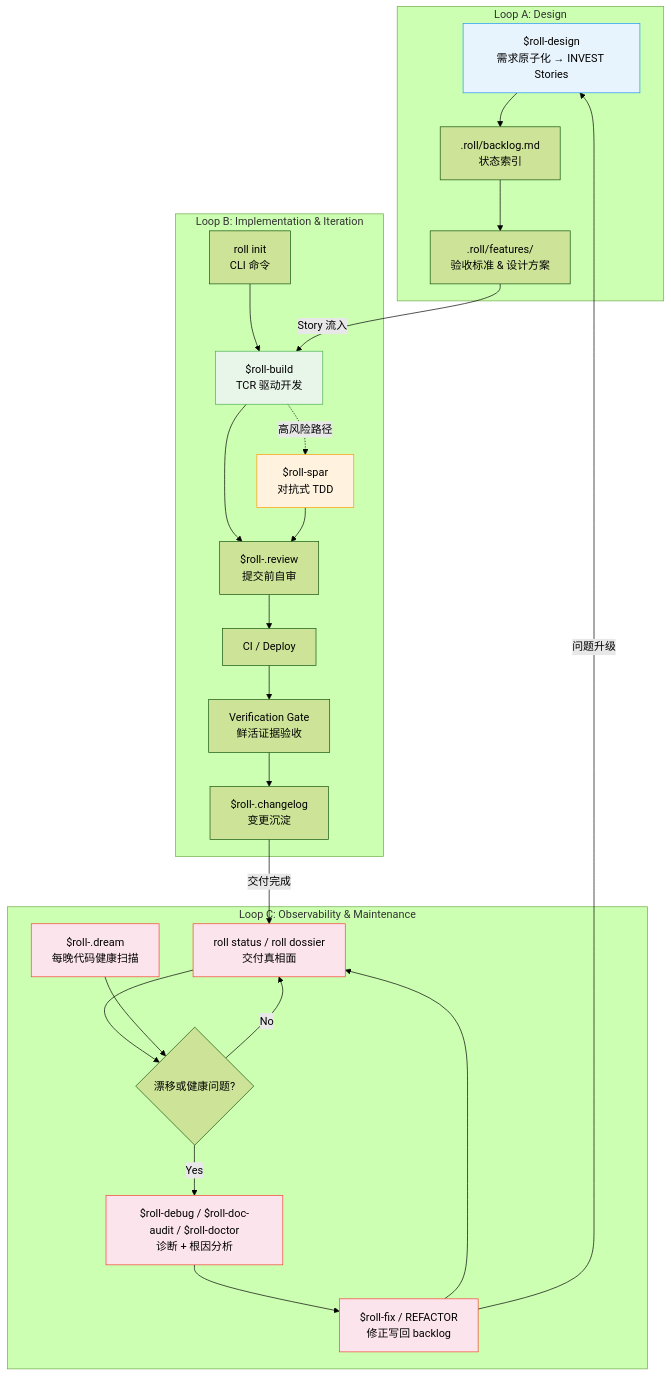
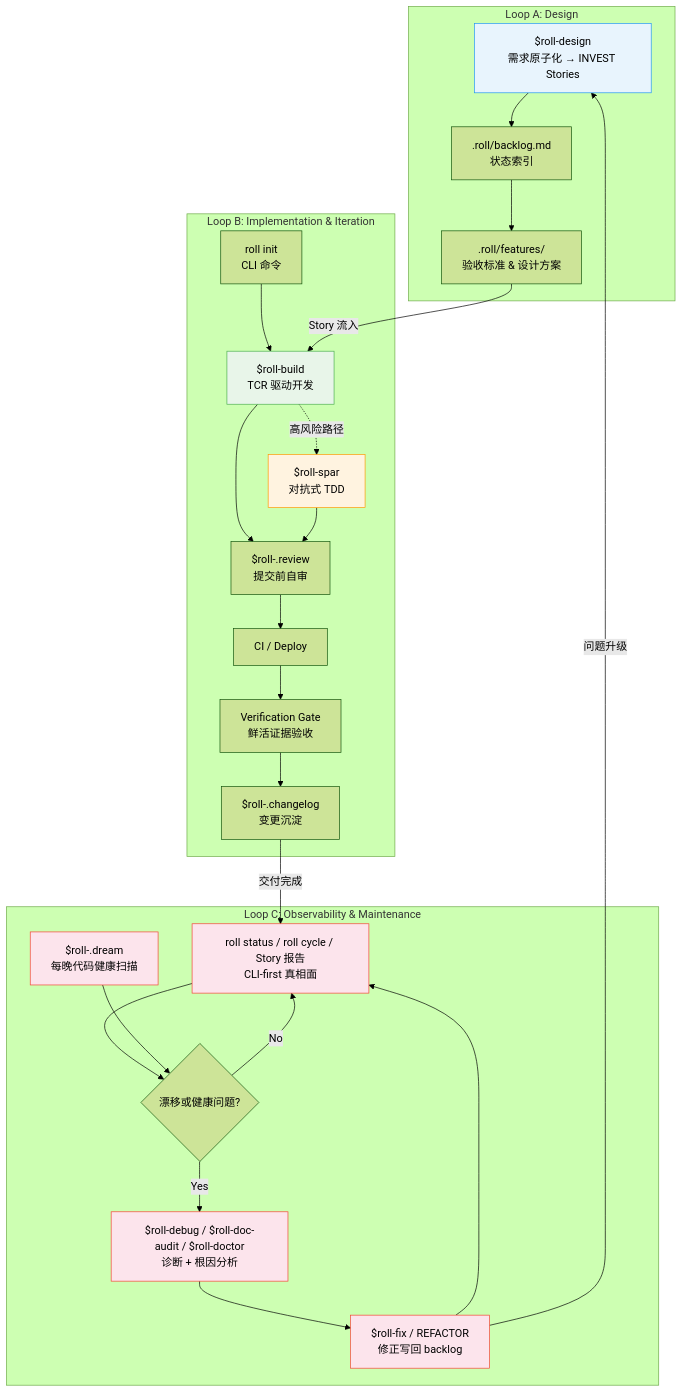
One commit to seanyao/roll changed the first of 2 diagrams in guide/zh/methodology.md. Above: the diagram before and after it, drawn with Mermaid (forest theme). The commit also changed other lines of this file and 73 other files, not shown here.

First line of the commit message:
v4: Supervisor + Story Execution Architecture (US-V4-001..010) (#1068)

````diff
--- a/guide/zh/methodology.md
+++ b/guide/zh/methodology.md
@@ -24,38 +24,38 @@
 ```mermaid
 graph TB
     subgraph "Loop A: Design"
         A2["$roll-design<br/>需求原子化 → INVEST Stories"] --> A3[".roll/backlog.md<br/>状态索引"]
         A3 --> A4[".roll/features/<br/>验收标准 & 设计方案"]
     end
 
     subgraph "Loop B: Implementation & Iteration"
         B1["roll init<br/>CLI 命令"] --> B2["$roll-build<br/>TCR 驱动开发"]
         B2 --> B3["$roll-.review<br/>提交前自审"]
         B3 --> B4["CI / Deploy"]
         B4 --> B5["Verification Gate<br/>鲜活证据验收"]
         B5 --> B6["$roll-.changelog<br/>变更沉淀"]
         B2 -.->|高风险路径| B7["$roll-spar<br/>对抗式 TDD"]
         B7 --> B3
     end
 
     subgraph "Loop C: Observability & Maintenance"
-        C1["roll status / roll dossier<br/>交付真相面"] --> C2{"漂移或健康问题?"}
+        C1["roll status / roll cycle / Story 报告<br/>CLI-first 真相面"] --> C2{"漂移或健康问题?"}
         C2 -->|Yes| C3["$roll-debug / $roll-doc-audit / $roll-doctor<br/>诊断 + 根因分析"]
         C3 --> C5["$roll-fix / REFACTOR<br/>修正写回 backlog"]
         C6["$roll-.dream<br/>每晚代码健康扫描"] --> C2
         C5 --> C1
         C2 -->|No| C1
     end
 
     A4 -->|"Story 流入"| B2
     B6 -->|"交付完成"| C1
     C5 -->|"问题升级"| A2
 
     style A2 fill:#e8f4fd,stroke:#2196F3
     style B2 fill:#e8f5e9,stroke:#4CAF50
     style B7 fill:#fff3e0,stroke:#FF9800
     style C1 fill:#fce4ec,stroke:#F44336
     style C3 fill:#fce4ec,stroke:#F44336
     style C5 fill:#fce4ec,stroke:#F44336
     style C6 fill:#fce4ec,stroke:#F44336
 ```
````
